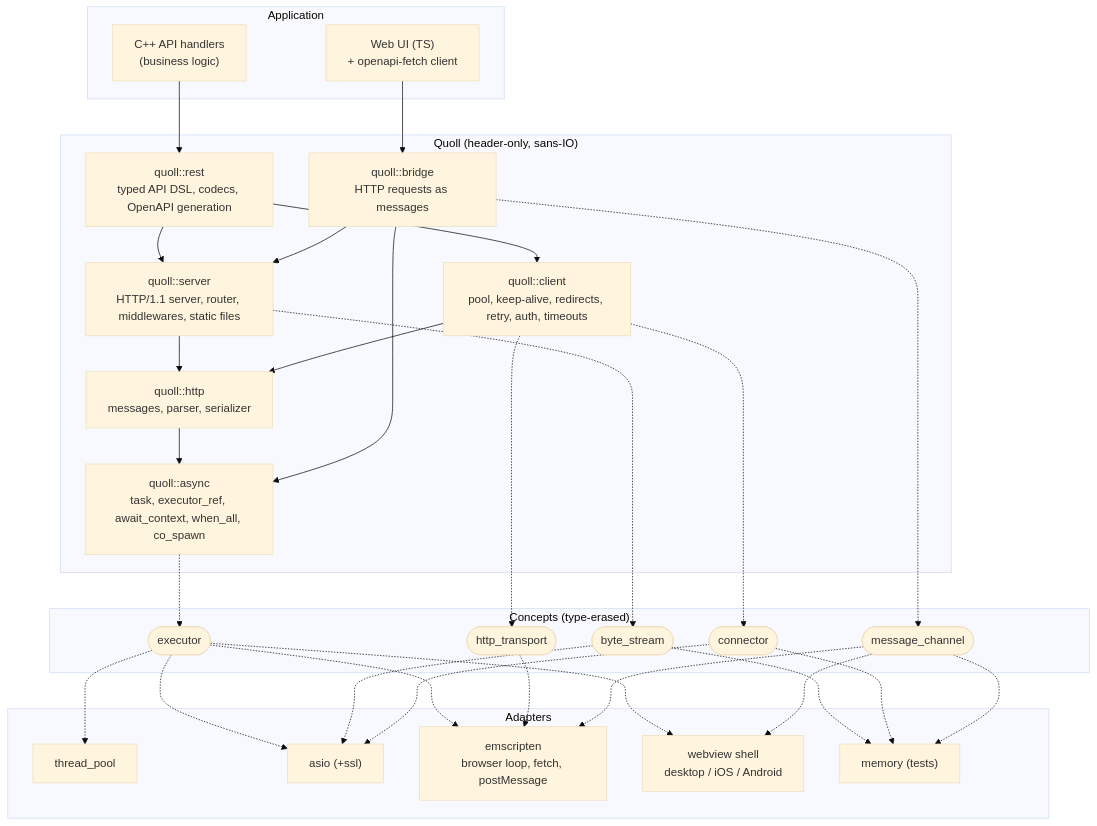
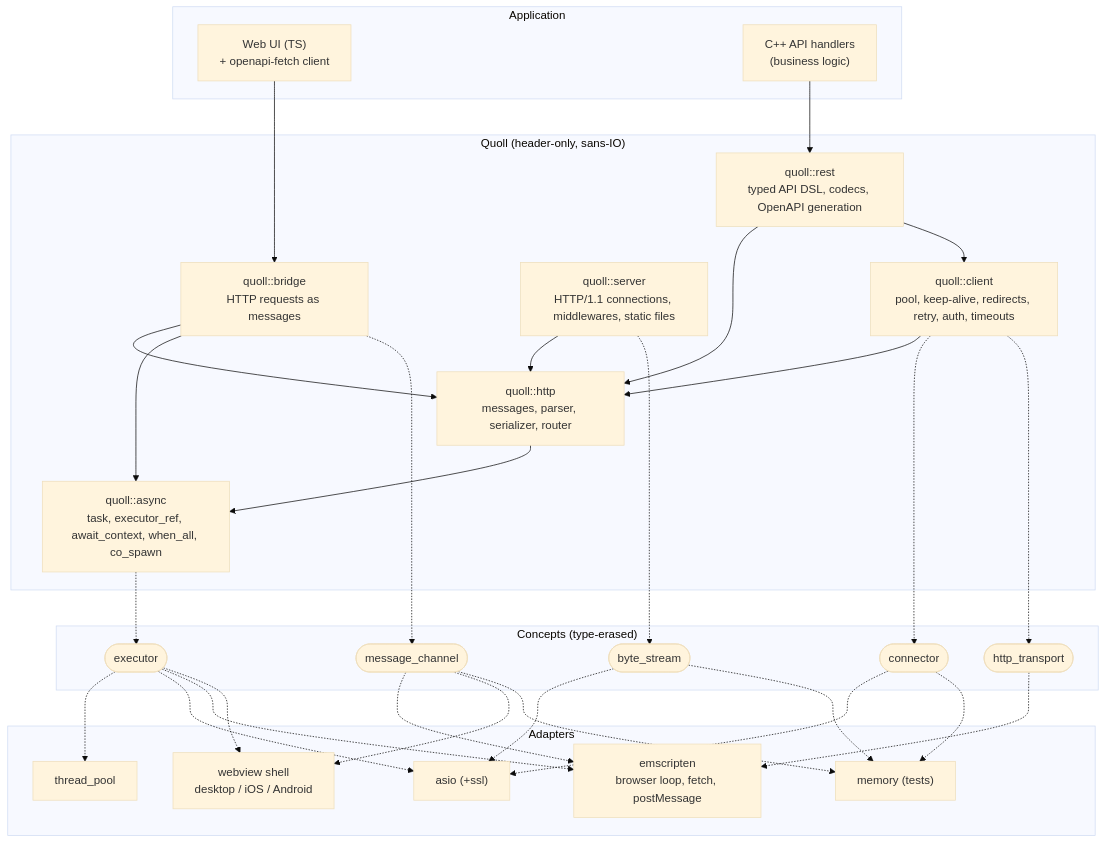
Before and after one commit to 4thlabs/quoll: the first of 8 diagrams in docs/PLAN.md, drawn with Mermaid (base theme). The commit also changed other lines of this file, not shown here.

First line of the commit message:
Plan: transport-independent router in quoll::http, Server-Sent Events

````diff
--- a/docs/PLAN.md
+++ b/docs/PLAN.md
@@ -44,54 +44,54 @@
 ```mermaid
 flowchart TB
   subgraph app["Application"]
     ui["Web UI (TS)<br/>+ openapi-fetch client"]
     handlers["C++ API handlers<br/>(business logic)"]
   end
 
   subgraph quoll["Quoll (header-only, sans-IO)"]
     rest["quoll::rest<br/>typed API DSL, codecs, OpenAPI generation"]
     bridge["quoll::bridge<br/>HTTP requests as messages"]
-    server["quoll::server<br/>HTTP/1.1 server, router, middlewares, static files"]
+    server["quoll::server<br/>HTTP/1.1 connections, middlewares, static files"]
     client["quoll::client<br/>pool, keep-alive, redirects, retry, auth, timeouts"]
-    http["quoll::http<br/>messages, parser, serializer"]
+    http["quoll::http<br/>messages, parser, serializer, router"]
     async["quoll::async<br/>task, executor_ref, await_context, when_all, co_spawn"]
   end
 
   subgraph concepts["Concepts (type-erased)"]
     executor(["executor"])
     stream(["byte_stream"])
     connector(["connector"])
     transport(["http_transport"])
     channel(["message_channel"])
   end
 
   subgraph adapters["Adapters"]
     pool["thread_pool"]
     asio["asio (+ssl)"]
     emscripten["emscripten<br/>browser loop, fetch, postMessage"]
     shell["webview shell<br/>desktop / iOS / Android"]
     memory["memory (tests)"]
   end
 
   ui --> bridge
   handlers --> rest
-  rest --> server
+  rest --> http
   rest --> client
-  bridge --> server
+  bridge --> http
   server --> http
   client --> http
   http --> async
   bridge --> async
 
   server -.-> stream
   client -.-> connector
   client -.-> transport
   bridge -.-> channel
   async -.-> executor
 
   executor -.-> pool & asio & emscripten & shell
   stream -.-> asio & memory
   connector -.-> asio & memory
   transport -.-> emscripten
   channel -.-> emscripten & shell & memory
 ```
````
